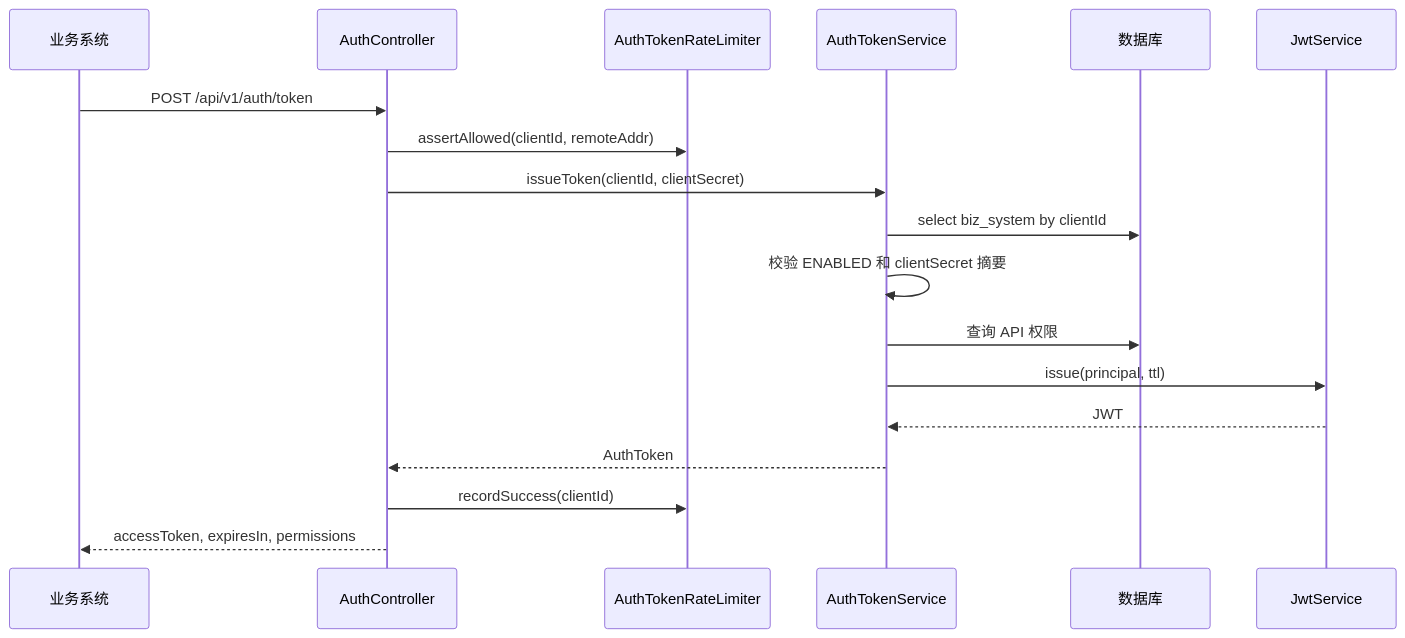
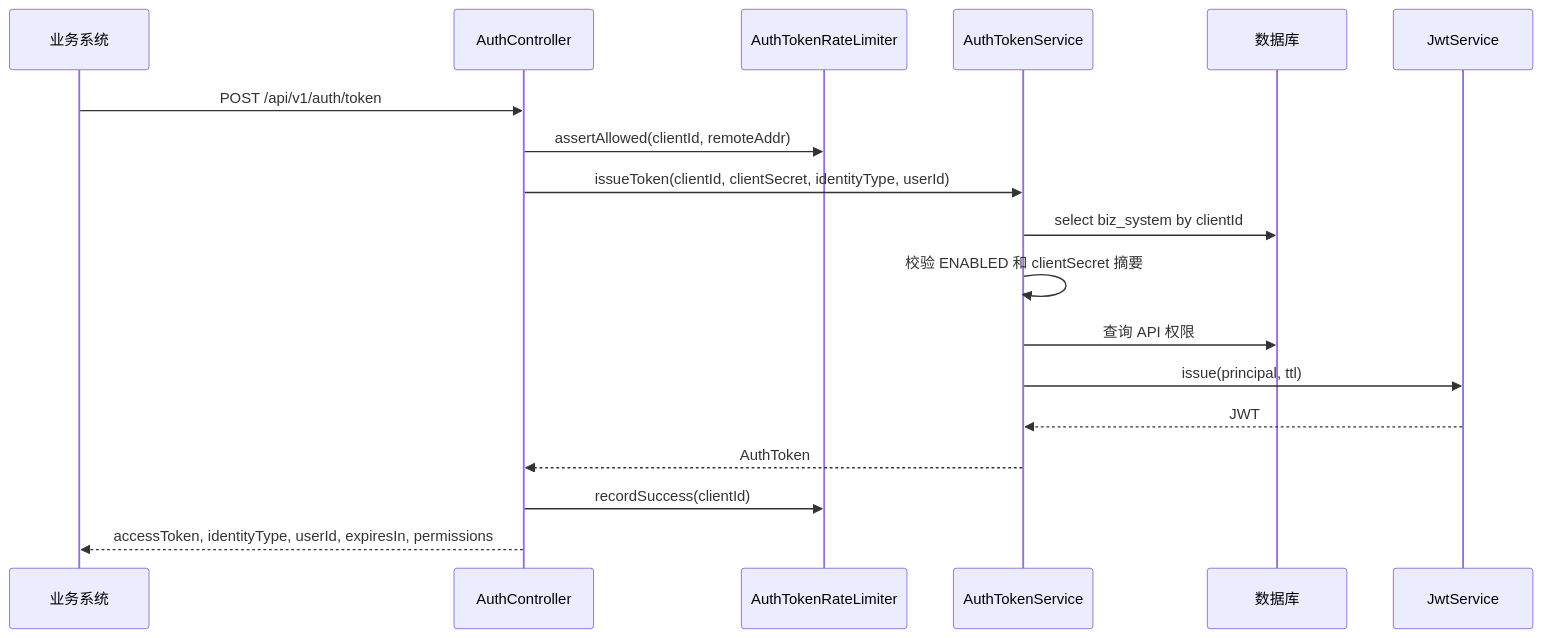
Before and after one commit to a1351995160/yungateway-minimal-token-wps: the first of 6 diagrams in docs/core-flows.zh-CN.md, drawn with Mermaid. The commit also changed other lines of this file and 116 other files, not shown here.

````diff
--- a/docs/core-flows.zh-CN.md
+++ b/docs/core-flows.zh-CN.md
@@ -5,21 +5,21 @@
 ```mermaid
 sequenceDiagram
     participant B as 业务系统
     participant A as AuthController
     participant L as AuthTokenRateLimiter
     participant S as AuthTokenService
     participant D as 数据库
     participant J as JwtService
 
     B->>A: POST /api/v1/auth/token
     A->>L: assertAllowed(clientId, remoteAddr)
-    A->>S: issueToken(clientId, clientSecret)
+    A->>S: issueToken(clientId, clientSecret, identityType, userId)
     S->>D: select biz_system by clientId
     S->>S: 校验 ENABLED 和 clientSecret 摘要
     S->>D: 查询 API 权限
     S->>J: issue(principal, ttl)
     J-->>S: JWT
     S-->>A: AuthToken
     A->>L: recordSuccess(clientId)
-    A-->>B: accessToken, expiresIn, permissions
+    A-->>B: accessToken, identityType, userId, expiresIn, permissions
 ```
````
